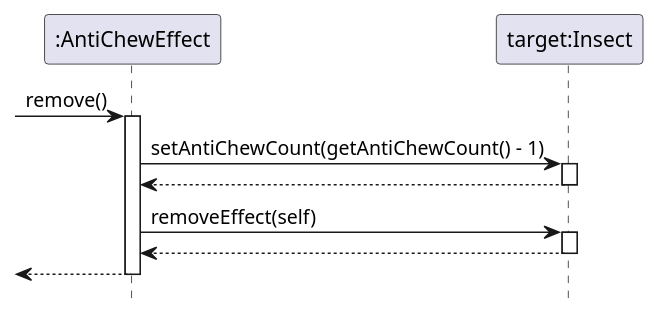
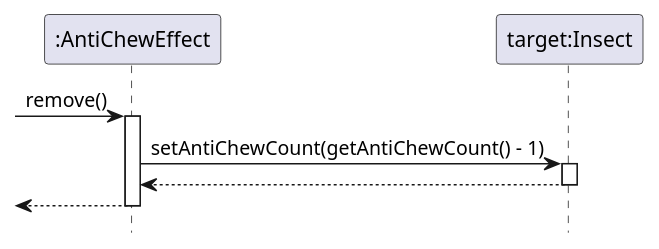
One commit to ZD4ve/projlab-error521 changed the diagram in AntiChewEffect/wearoff.pu. Above: the diagram before and after it, drawn with PlantUML. The commit also changed 9 other files, not shown here.

```diff
--- a/AntiChewEffect/wearoff.pu
+++ b/AntiChewEffect/wearoff.pu
@@ -1,20 +1,16 @@
 @startuml AntiChewEffect/wearoff
 hide footbox
 
 participant ":AntiChewEffect" as effect
 participant "target:Insect" as target
 
 -> effect : remove()
 activate effect
 
 effect -> target : setAntiChewCount(getAntiChewCount() - 1)
 activate target
 return
 
-effect -> target : removeEffect(self)
-activate target
-return
-
 return
 
 @enduml
```
